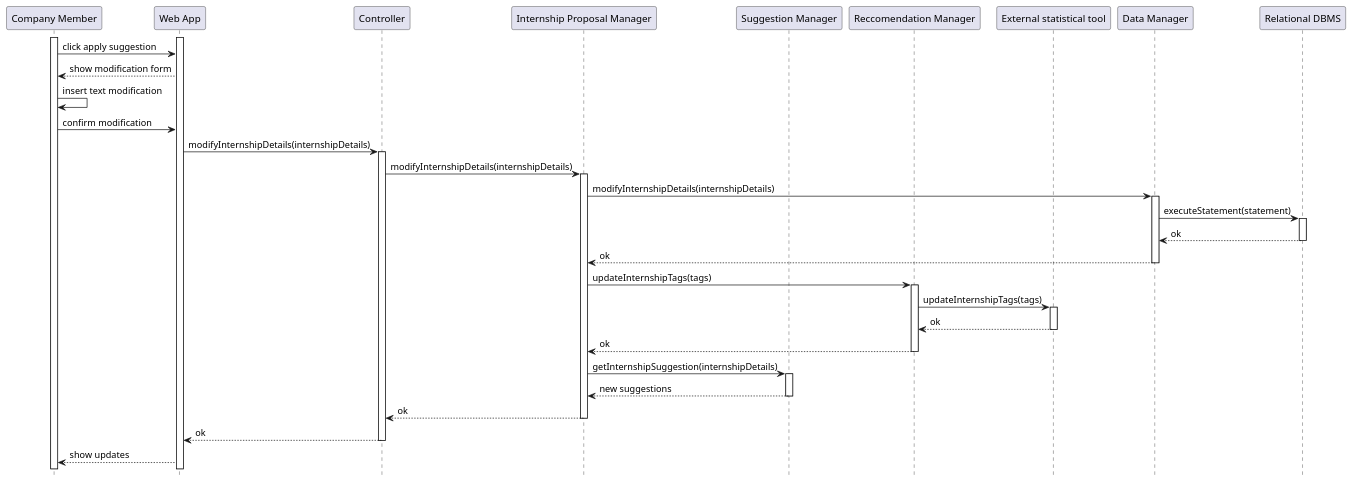
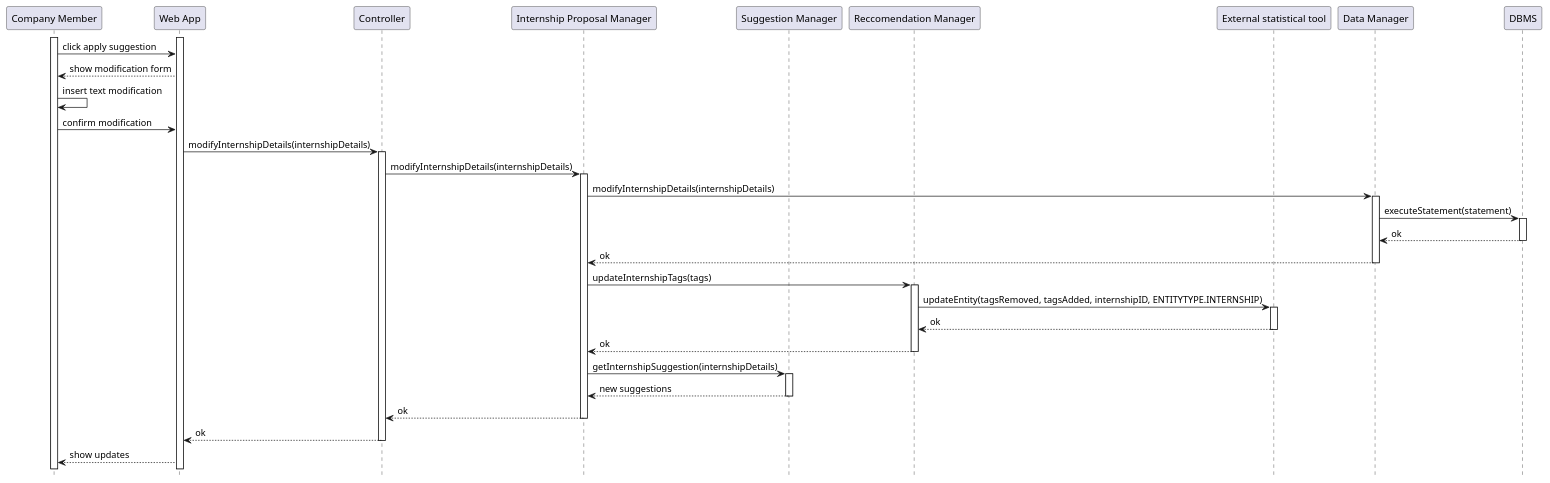
One commit to matti8702/R_and_DD_project_SE2 changed the diagram in DD/Architectural_design/uml_diagrams/RV15_diagram.puml. Above: the diagram before and after it, drawn with PlantUML. The commit also changed other lines of this file and 9 other files, not shown here.

```diff
--- a/DD/Architectural_design/uml_diagrams/RV15_diagram.puml
+++ b/DD/Architectural_design/uml_diagrams/RV15_diagram.puml
@@ -1,55 +1,55 @@
 @startuml RV15_diagram
 hide footbox
 
 participant "Company Member" as COM 
 participant "Web App" as W
 participant "Controller" AS C
 participant "Internship Proposal Manager" AS I
 participant "Suggestion Manager" as SM
 participant "Reccomendation Manager" as RM
 participant "External statistical tool" AS EXT
 participant "Data Manager" AS DM
-participant "Relational DBMS" AS RD
+participant "DBMS" AS RD
 
 
 
 activate COM
 activate W
 COM -> W: click apply suggestion
 W --> COM: show modification form
 COM -> COM: insert text modification
 COM -> W: confirm modification
 W -> C: modifyInternshipDetails(internshipDetails)
 activate C
 C -> I: modifyInternshipDetails(internshipDetails)
 activate I
 
 I -> DM: modifyInternshipDetails(internshipDetails)
 activate DM
 DM -> RD: executeStatement(statement)
 activate RD
 RD --> DM: ok
 deactivate RD
 DM --> I: ok
 deactivate DM 
 I -> RM: updateInternshipTags(tags)
 activate RM
-RM -> EXT: updateInternshipTags(tags)
+RM -> EXT: updateEntity(tagsRemoved, tagsAdded, internshipID, ENTITYTYPE.INTERNSHIP)
 activate EXT
 EXT --> RM: ok
 deactivate EXT
 RM --> I: ok
 deactivate RM
 
 I -> SM: getInternshipSuggestion(internshipDetails)
 activate SM
 SM --> I: new suggestions
 deactivate SM
 I --> C: ok
 deactivate I
 C --> W: ok
 deactivate C
 W --> COM: show updates
 
 
 @enduml
```
